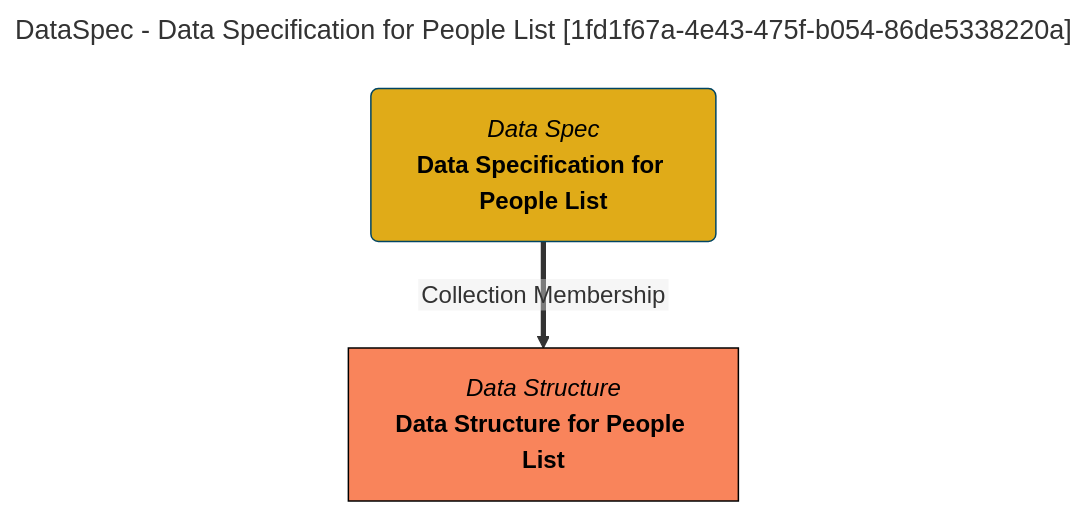
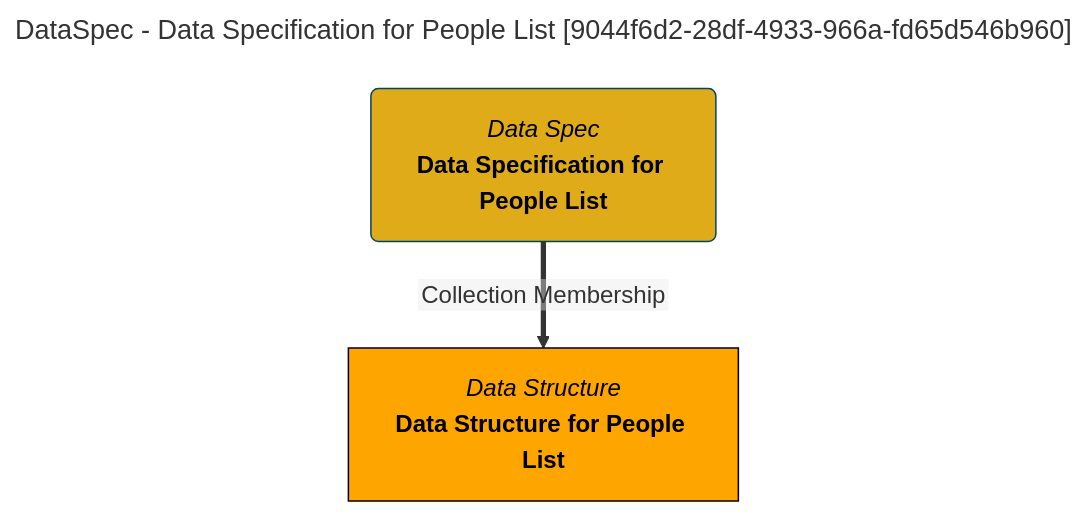
One commit to odpi/egeria-docs changed the diagram in site/snippets/collections/data-specs/data-specification-for-people-list-mermaid-graph.md. Above: the diagram before and after it, drawn with Mermaid. The commit also changed 2201 other files, not shown here.

````diff
--- a/site/snippets/collections/data-specs/data-specification-for-people-list-mermaid-graph.md
+++ b/site/snippets/collections/data-specs/data-specification-for-people-list-mermaid-graph.md
@@ -1,15 +1,15 @@
 ```mermaid
 ---
-title: DataSpec - Data Specification for People List [1fd1f67a-4e43-475f-b054-86de5338220a]
+title: DataSpec - Data Specification for People List [9044f6d2-28df-4933-966a-fd65d546b960]
 ---
 flowchart TD
 %%{init: {"flowchart": {"htmlLabels": false}} }%%
 
 1@{ shape: rounded, label: "*Data Spec*
 **Data Specification for People List**"}
 2@{ shape: rect, label: "*Data Structure*
 **Data Structure for People List**"}
 1==>|"Collection Membership"|2
 style 1 color:#000000, fill:#e0ab18, stroke:#004563
-style 2 color:#000000, fill:#f9845b, stroke:#000000
+style 2 color:#000000, fill:#FFA500, stroke:#000000
 ```
````
